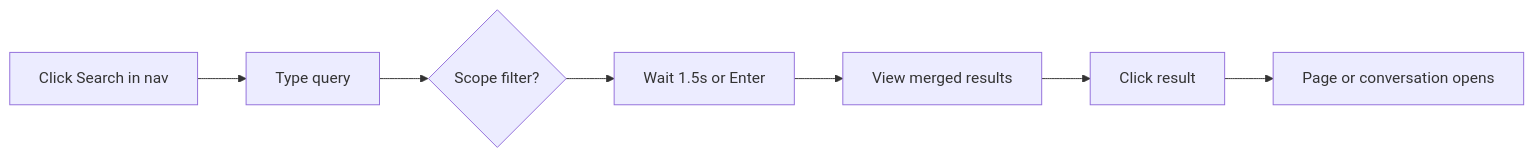
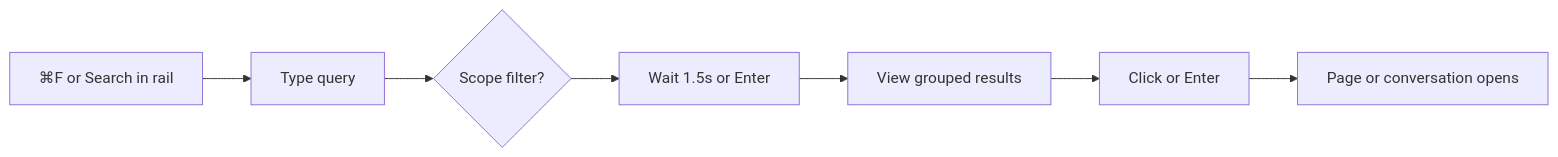
One commit to carlos-tamarind/tamarind-app changed the diagram in docs/search/user_search.md. Above: the diagram before and after it, drawn with Mermaid. The commit also changed other lines of this file and 12 other files, not shown here.

````diff
--- a/docs/search/user_search.md
+++ b/docs/search/user_search.md
@@ -124,9 +120,9 @@
 ```mermaid
 flowchart LR
-  A["Click Search in nav"] --> B["Type query"]
+  A["⌘F or Search in rail"] --> B["Type query"]
   B --> C{"Scope filter?"}
   C --> D["Wait 1.5s or Enter"]
-  D --> E["View merged results"]
-  E --> F["Click result"]
+  D --> E["View grouped results"]
+  E --> F["Click or Enter"]
   F --> G["Page or conversation opens"]
 ```
````
